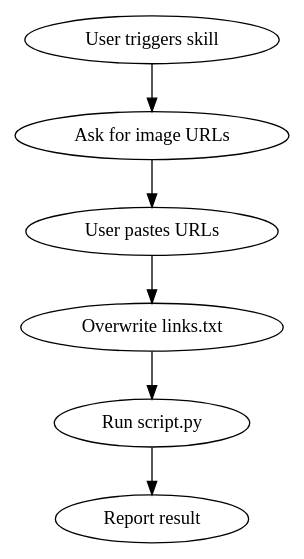
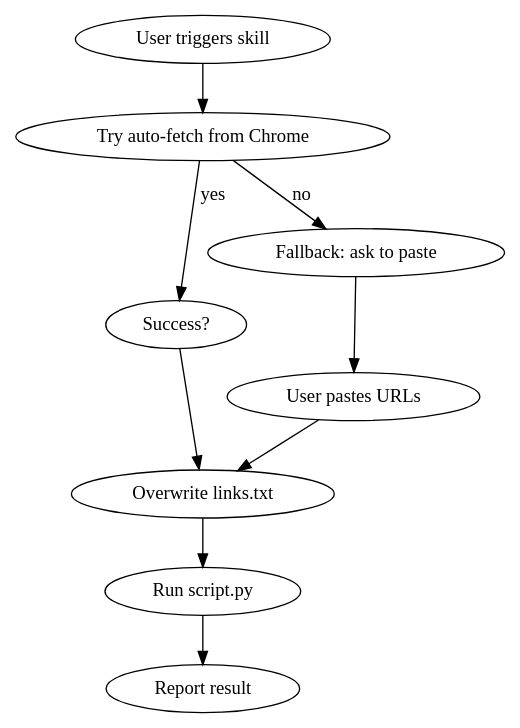
One commit to Gil80/claude-skills changed the diagram in create-coloring-book/SKILL.md. Above: the diagram before and after it, drawn with Graphviz. The commit also changed other lines of this file and 1 other file, not shown here.

First line of the commit message:
Update create-coloring-book skill: add Chrome auto-fetch

````diff
--- a/create-coloring-book/SKILL.md
+++ b/create-coloring-book/SKILL.md
@@ -12,9 +12,12 @@
 ```dot
 digraph coloring_book {
-    "User triggers skill" -> "Ask for image URLs";
-    "Ask for image URLs" -> "User pastes URLs";
+    "User triggers skill" -> "Try auto-fetch from Chrome";
+    "Try auto-fetch from Chrome" -> "Success?" [label="yes"];
+    "Try auto-fetch from Chrome" -> "Fallback: ask to paste" [label="no"];
+    "Success?" -> "Overwrite links.txt";
+    "Fallback: ask to paste" -> "User pastes URLs";
     "User pastes URLs" -> "Overwrite links.txt";
     "Overwrite links.txt" -> "Run script.py";
     "Run script.py" -> "Report result";
 }
 ```
````
